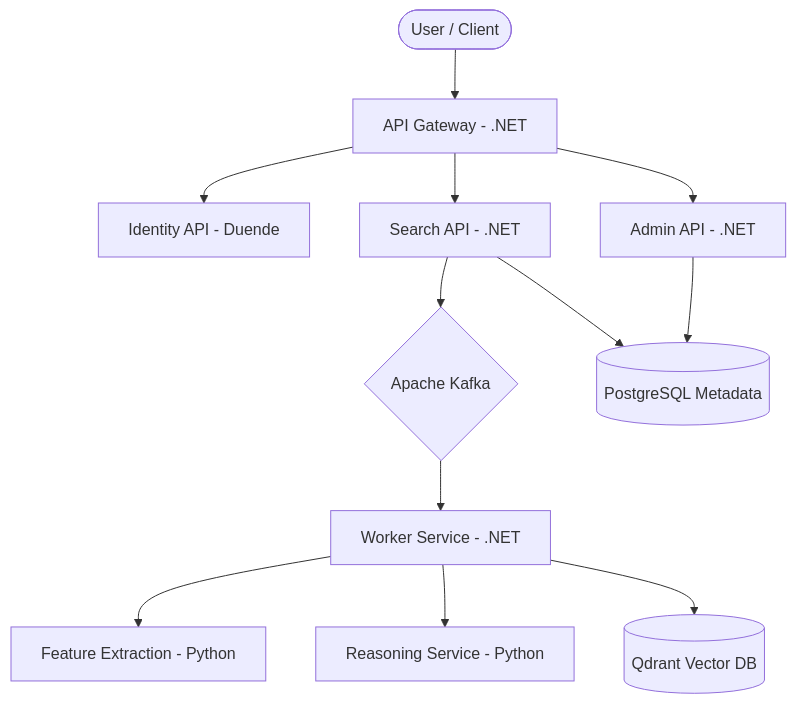
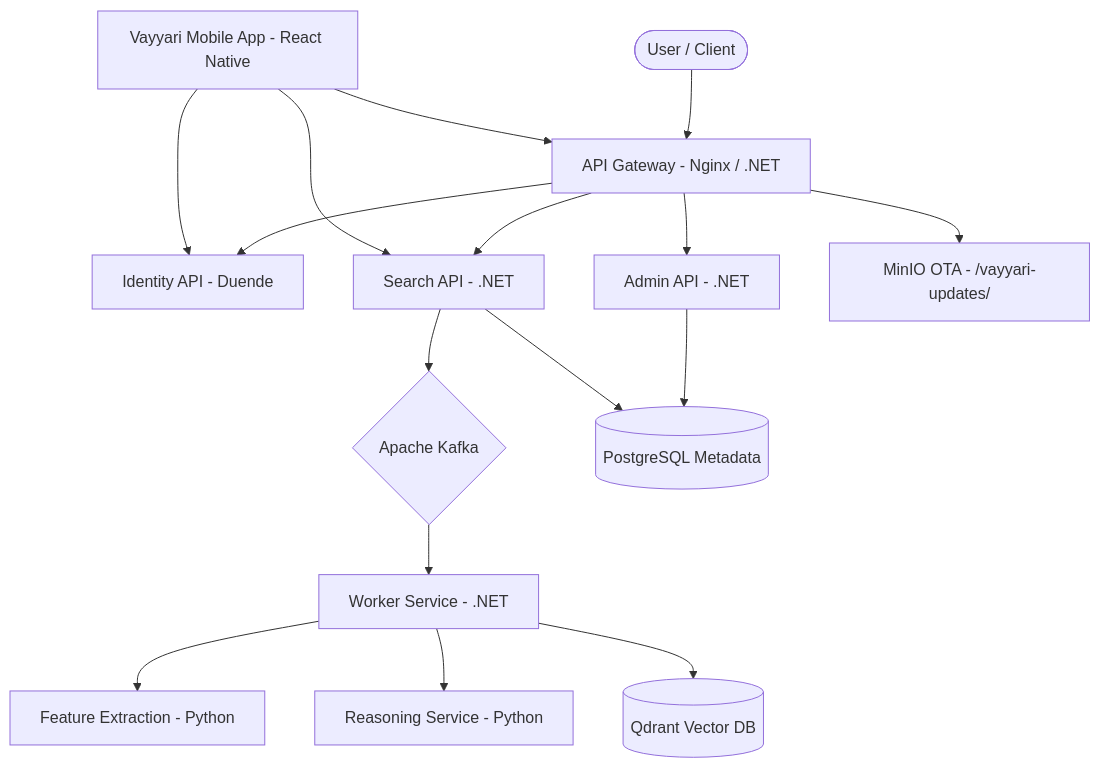
The diagram in docs/architecture/system-overview.md (kri-kan/deeplens), drawn with Mermaid before and after one commit. The commit also changed other lines of this file and 11 other files, not shown here.

Commit message:
docs: comprehensive Vayyari mobile app architecture, APK build, and OTA updates documentation [#340]

````diff
--- a/docs/architecture/system-overview.md
+++ b/docs/architecture/system-overview.md
@@ -26,16 +26,21 @@
 ```mermaid
 graph TD
-    User([User / Client]) --> Gateway[API Gateway - .NET]
+    User([User / Client]) --> Gateway[API Gateway - Nginx / .NET]
     Gateway --> Identity[Identity API - Duende]
     Gateway --> Search[Search API - .NET]
     Gateway --> Admin[Admin API - .NET]
+    Gateway --> MinIOOTA[MinIO OTA - /vayyari-updates/]
     
     Search --> Kafka{Apache Kafka}
     Kafka --> Worker[Worker Service - .NET]
     Worker --> FeatureEx[Feature Extraction - Python]
     Worker --> ReasoningEx[Reasoning Service - Python]
     Worker --> VectorDB[(Qdrant Vector DB)]
     
     Admin --> Metadata[(PostgreSQL Metadata)]
     Search --> Metadata
+
+    MobileApp[Vayyari Mobile App - React Native] --> Gateway
+    MobileApp --> Search
+    MobileApp --> Identity
 ```
````
